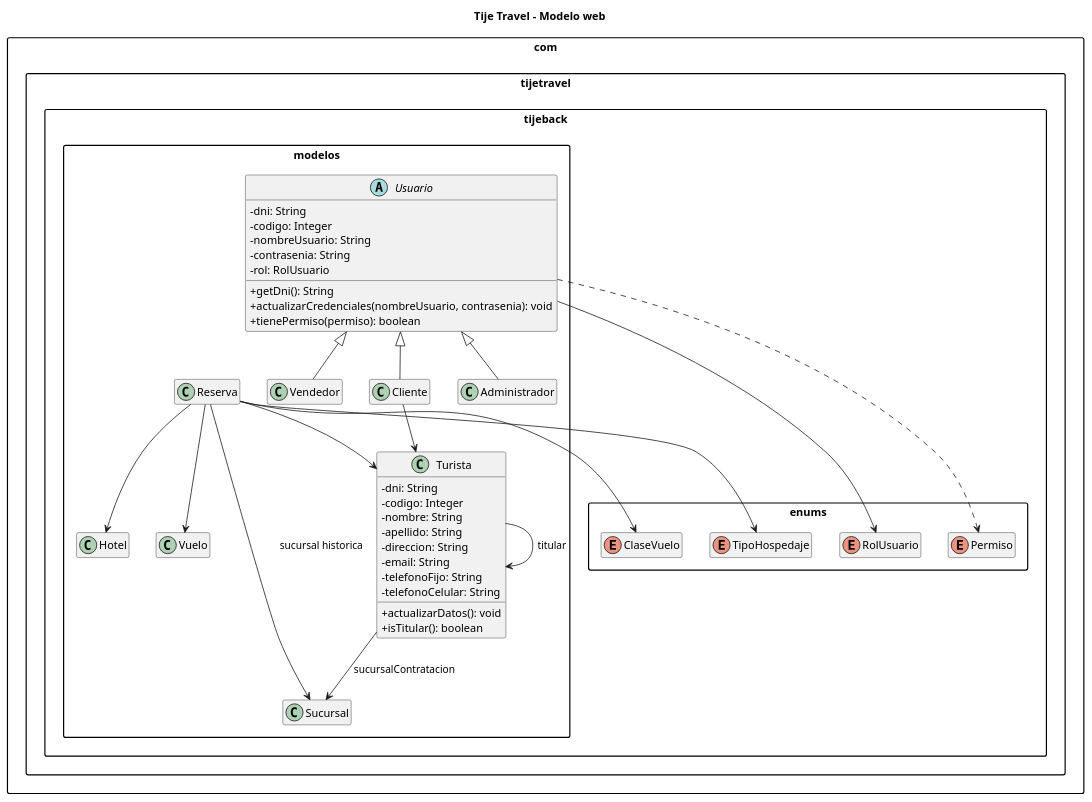
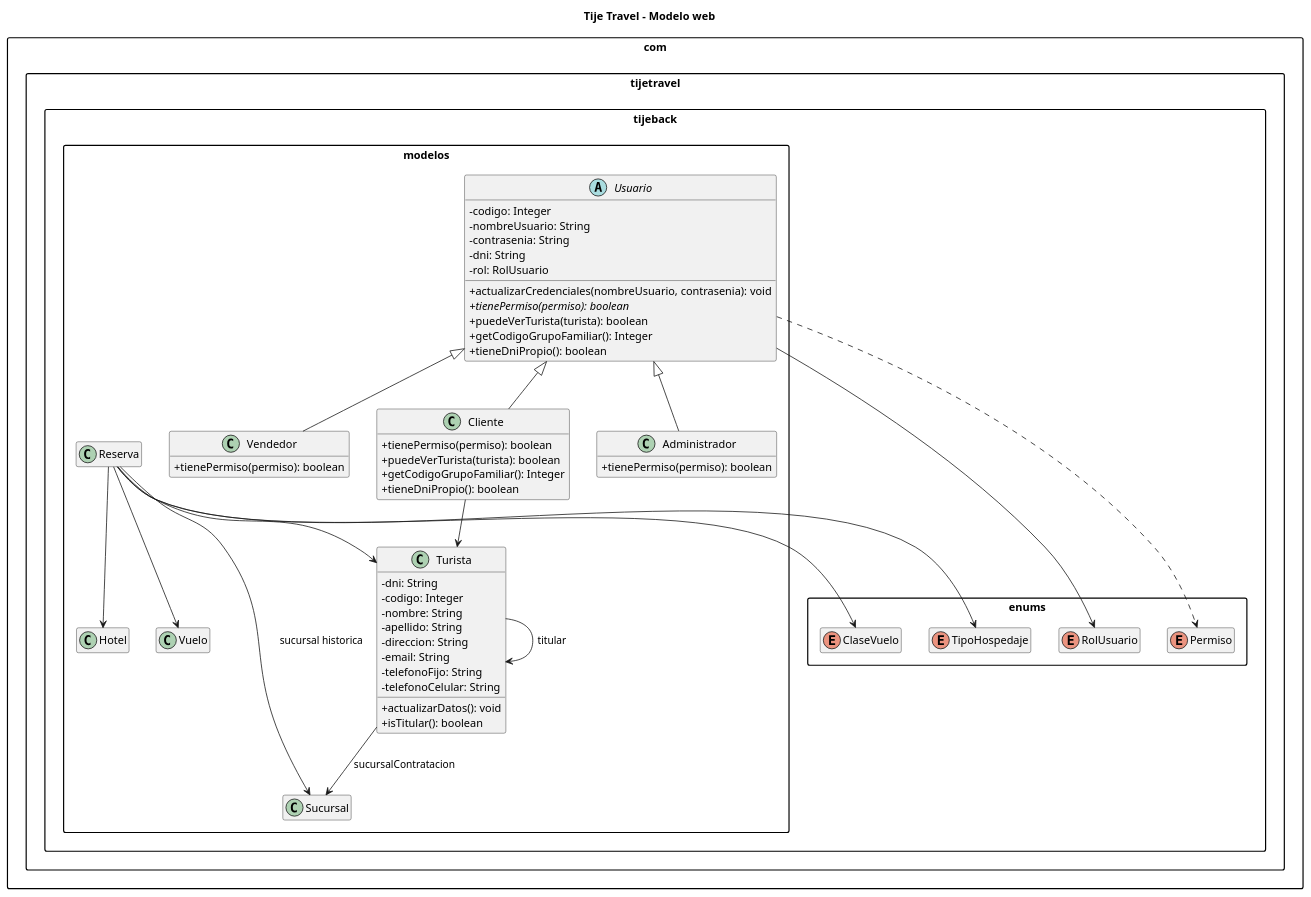
Before and after one commit to migmik/TPPrograII: the first of 2 diagrams in docs/uml-tijetravel.puml, drawn with PlantUML. The commit also changed other lines of this file and 3 other files, not shown here.

First line of the commit message:
docs: agrega el DER y actualiza el UML y el README

```diff
--- a/docs/uml-tijetravel.puml
+++ b/docs/uml-tijetravel.puml
@@ -1,63 +1,74 @@
 @startuml TijeTravel_Modelo_Web
 title Tije Travel - Modelo web
 
 skinparam classAttributeIconSize 0
 skinparam shadowing false
 skinparam packageStyle rectangle
 hide empty members
 
 package "com.tijetravel.tijeback.enums" {
     enum RolUsuario
     enum Permiso
     enum ClaseVuelo
     enum TipoHospedaje
 }
 
 package "com.tijetravel.tijeback.modelos" {
     abstract class Usuario {
-        - dni: String
-        + getDni(): String
         - codigo: Integer
         - nombreUsuario: String
         - contrasenia: String
+        - dni: String
         - rol: RolUsuario
         + actualizarCredenciales(nombreUsuario, contrasenia): void
+        + {abstract} tienePermiso(permiso): boolean
+        + puedeVerTurista(turista): boolean
+        + getCodigoGrupoFamiliar(): Integer
+        + tieneDniPropio(): boolean
+    }
+    class Administrador {
         + tienePermiso(permiso): boolean
     }
-    class Administrador
-    class Vendedor
-    class Cliente
+    class Vendedor {
+        + tienePermiso(permiso): boolean
+    }
+    class Cliente {
+        + tienePermiso(permiso): boolean
+        + puedeVerTurista(turista): boolean
+        + getCodigoGrupoFamiliar(): Integer
+        + tieneDniPropio(): boolean
+    }
     class Turista {
         - dni: String
         - codigo: Integer
         - nombre: String
         - apellido: String
         - direccion: String
         - email: String
         - telefonoFijo: String
         - telefonoCelular: String
         + actualizarDatos(): void
         + isTitular(): boolean
     }
     class Sucursal
     class Hotel
     class Vuelo
     class Reserva
 }
 
 Usuario <|-- Administrador
 Usuario <|-- Vendedor
 Usuario <|-- Cliente
 Cliente --> Turista
 Turista --> Sucursal : sucursalContratacion
 Turista --> Turista : titular
 Reserva --> Turista
 Reserva --> Sucursal : sucursal historica
 Reserva --> Vuelo
 Reserva --> Hotel
 Reserva --> ClaseVuelo
 Reserva --> TipoHospedaje
 Usuario --> RolUsuario
 Usuario ..> Permiso
 
 @enduml
```
